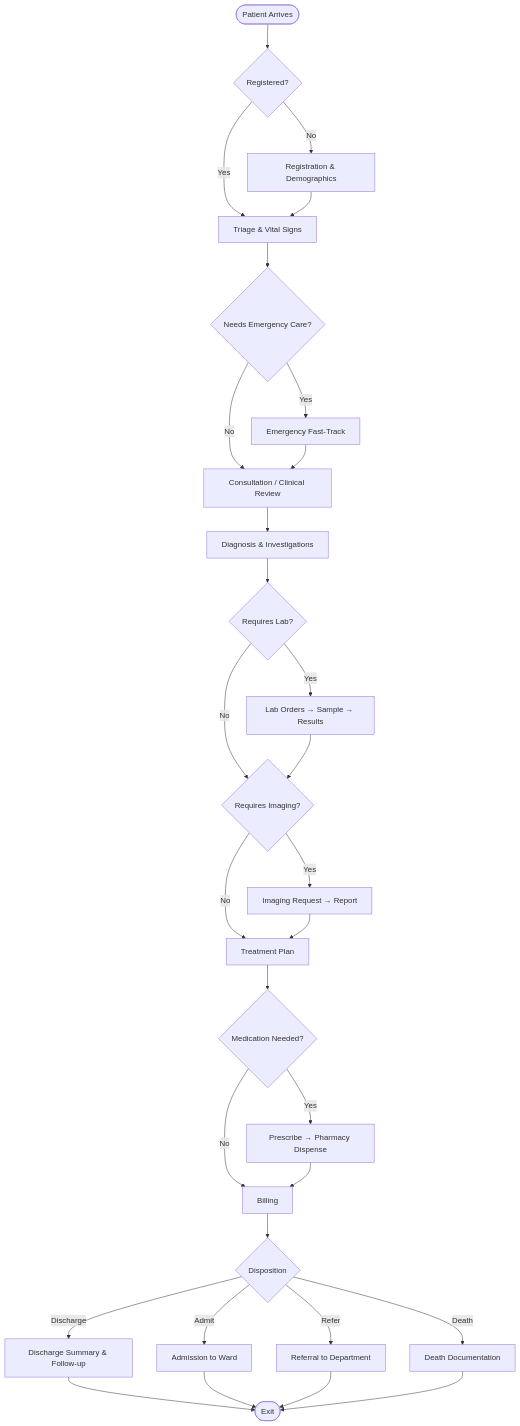
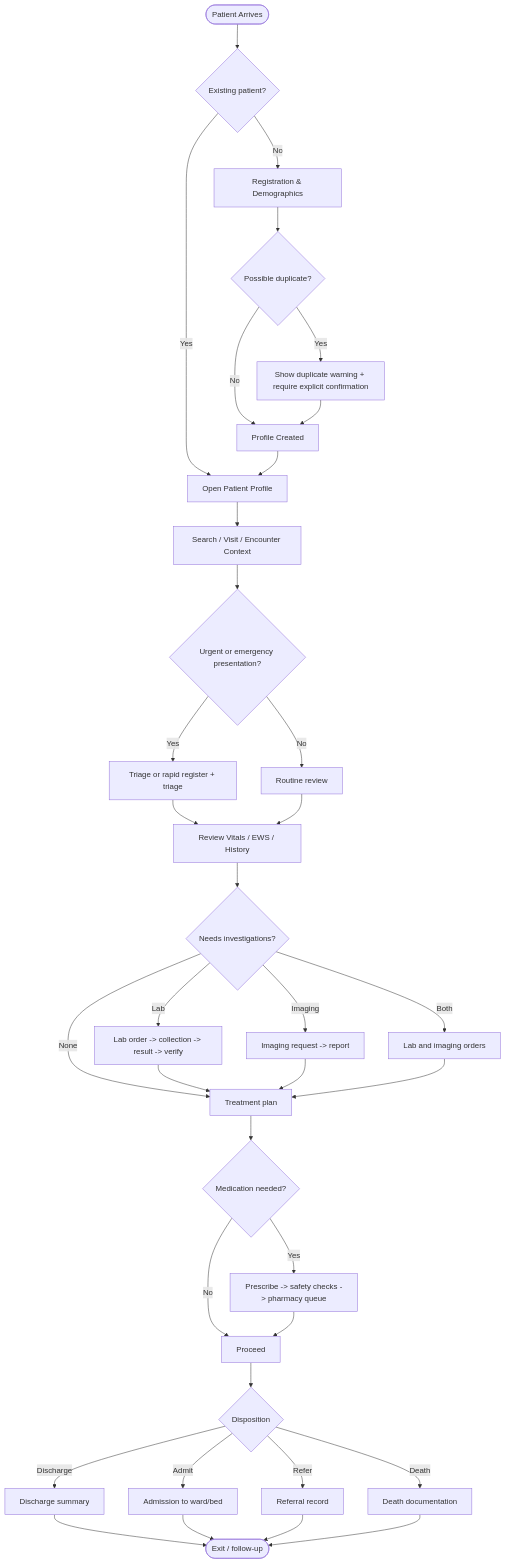
One commit to JosephMponda/GrandGaze changed the diagram in docs/workflows/01-patient-journey.md. Above: the diagram before and after it, drawn with Mermaid. The commit also changed 6 other files, not shown here.

Commit message:
Update workflow diagrams to match current app

````diff
--- a/docs/workflows/01-patient-journey.md
+++ b/docs/workflows/01-patient-journey.md
@@ -3,32 +3,38 @@
 ```mermaid
 flowchart TD
-    A([Patient Arrives]) --> B{Registered?}
+    A([Patient Arrives]) --> B{Existing patient?}
     B -->|No| C[Registration & Demographics]
-    B -->|Yes| D[Triage & Vital Signs]
-    C --> D
-    D --> E{Needs Emergency Care?}
-    E -->|Yes| F[Emergency Fast-Track]
-    E -->|No| G[Consultation / Clinical Review]
+    C --> D{Possible duplicate?}
+    D -->|Yes| E[Show duplicate warning + require explicit confirmation]
+    D -->|No| F[Profile Created]
+    E --> F
+    B -->|Yes| G[Open Patient Profile]
     F --> G
-    G --> H[Diagnosis & Investigations]
-    H --> I{Requires Lab?}
-    I -->|Yes| J[Lab Orders → Sample → Results]
-    I -->|No| K{Requires Imaging?}
-    J --> K
-    K -->|Yes| L[Imaging Request → Report]
-    K -->|No| M[Treatment Plan]
-    L --> M
-    M --> N{Medication Needed?}
-    N -->|Yes| O[Prescribe → Pharmacy Dispense]
-    N -->|No| P[Billing]
-    O --> P
-    P --> Q{Disposition}
-    Q -->|Discharge| R[Discharge Summary & Follow-up]
-    Q -->|Admit| S[Admission to Ward]
-    Q -->|Refer| T[Referral to Department]
-    Q -->|Death| U[Death Documentation]
-    R --> V([Exit])
-    S --> V
-    T --> V
-    U --> V
+    G --> H[Search / Visit / Encounter Context]
+    H --> I{Urgent or emergency presentation?}
+    I -->|Yes| J[Triage or rapid register + triage]
+    I -->|No| K[Routine review]
+    J --> L[Review Vitals / EWS / History]
+    K --> L
+    L --> M{Needs investigations?}
+    M -->|Lab| N[Lab order -> collection -> result -> verify]
+    M -->|Imaging| O[Imaging request -> report]
+    M -->|Both| P[Lab and imaging orders]
+    M -->|None| Q[Treatment plan]
+    N --> Q
+    O --> Q
+    P --> Q
+    Q --> R{Medication needed?}
+    R -->|Yes| S[Prescribe -> safety checks -> pharmacy queue]
+    R -->|No| T[Proceed]
+    S --> T
+    T --> U{Disposition}
+    U -->|Discharge| V[Discharge summary]
+    U -->|Admit| W[Admission to ward/bed]
+    U -->|Refer| X[Referral record]
+    U -->|Death| Y[Death documentation]
+    V --> Z([Exit / follow-up])
+    W --> Z
+    X --> Z
+    Y --> Z
 ```
````
